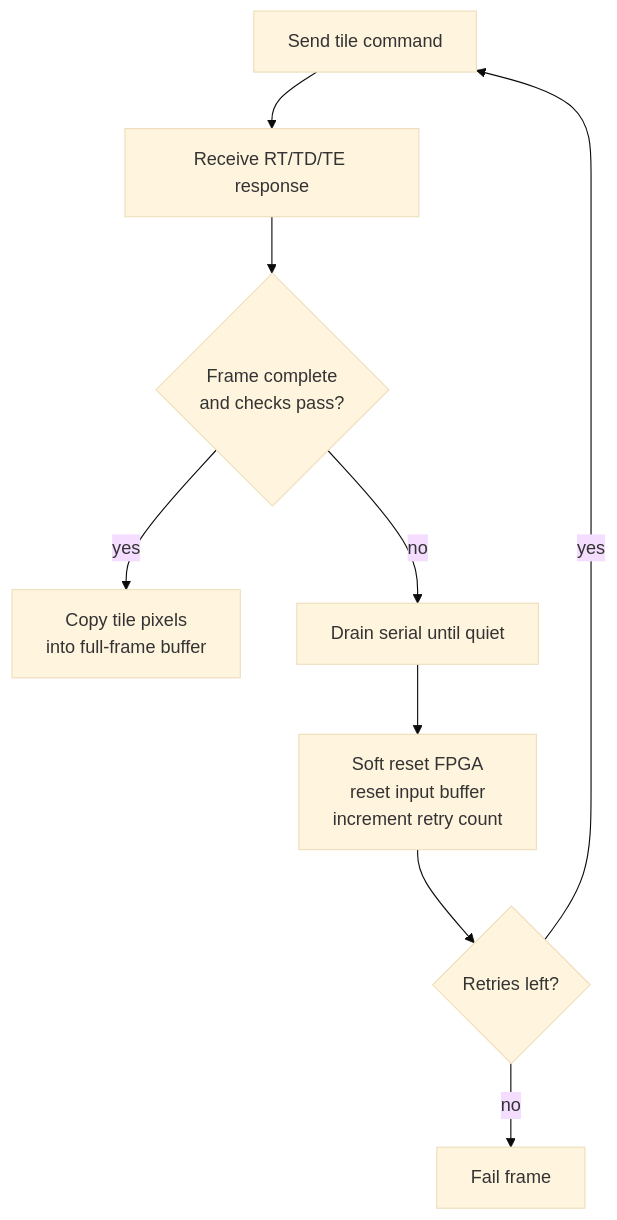
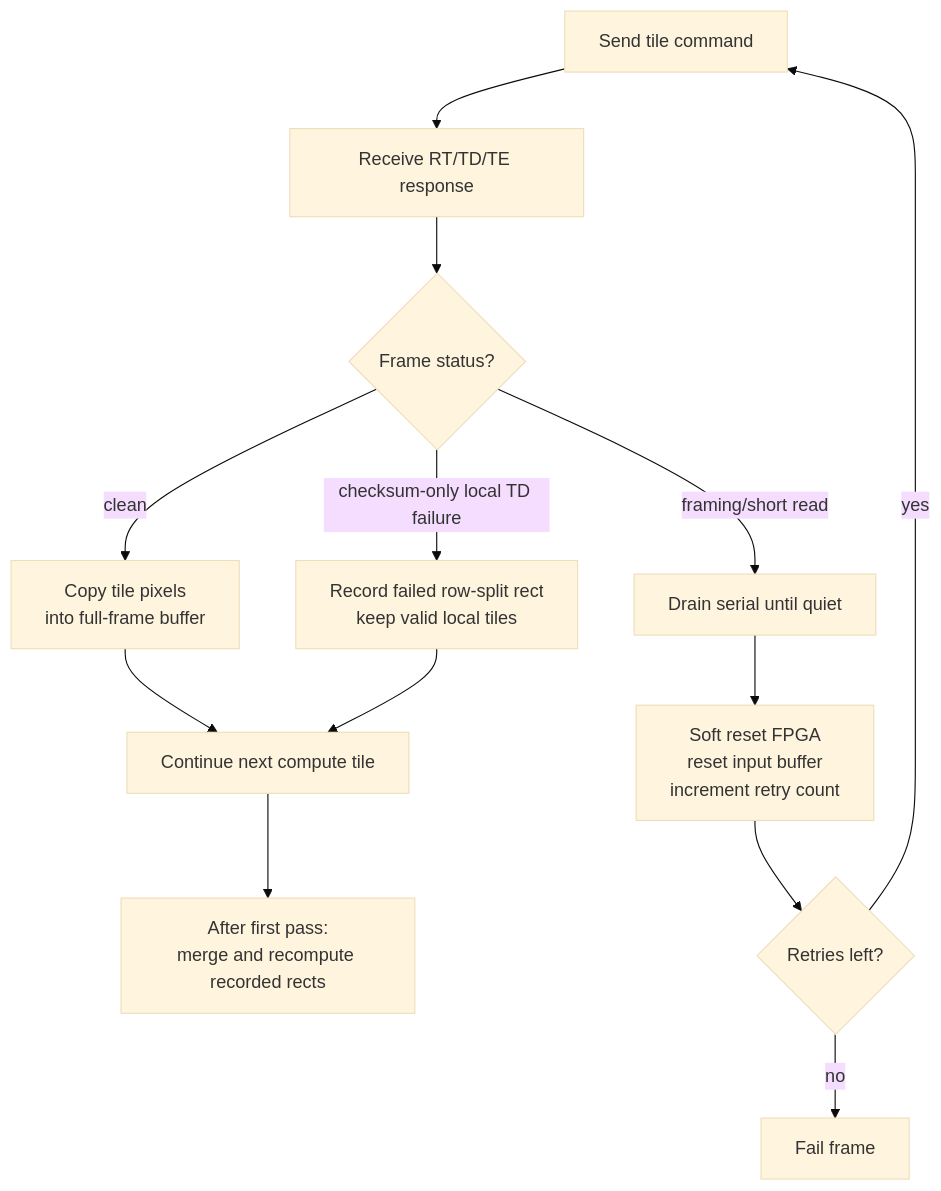
One commit to RESBI/FPGA-Mandelbrot-Demo changed diagram 14 of 16 in doc/ARCHITECTURE.md. Above: the diagram before and after it, drawn with Mermaid (base theme). The commit also changed other lines of this file and 31 other files, not shown here.

Commit message:
Add row-split deferred retry tiles

````diff
--- a/doc/ARCHITECTURE.md
+++ b/doc/ARCHITECTURE.md
@@ -845,11 +852,15 @@
 ```mermaid
 flowchart TB
     CMD["Send tile command"] --> RX["Receive RT/TD/TE response"]
-    RX --> CHECK{"Frame complete<br/>and checks pass?"}
-    CHECK -->|yes| COPY["Copy tile pixels<br/>into full-frame buffer"]
-    CHECK -->|no| DRAIN["Drain serial until quiet"]
+    RX --> CHECK{"Frame status?"}
+    CHECK -->|clean| COPY["Copy tile pixels<br/>into full-frame buffer"]
+    CHECK -->|checksum-only local TD failure| RECORD["Record failed row-split rect<br/>keep valid local tiles"]
+    CHECK -->|framing/short read| DRAIN["Drain serial until quiet"]
     DRAIN --> RESET["Soft reset FPGA<br/>reset input buffer<br/>increment retry count"]
     RESET --> RETRY{"Retries left?"}
     RETRY -->|yes| CMD
     RETRY -->|no| FAIL["Fail frame"]
+    COPY --> NEXT["Continue next compute tile"]
+    RECORD --> NEXT
+    NEXT --> DEFER["After first pass:<br/>merge and recompute recorded rects"]
 ```
````
